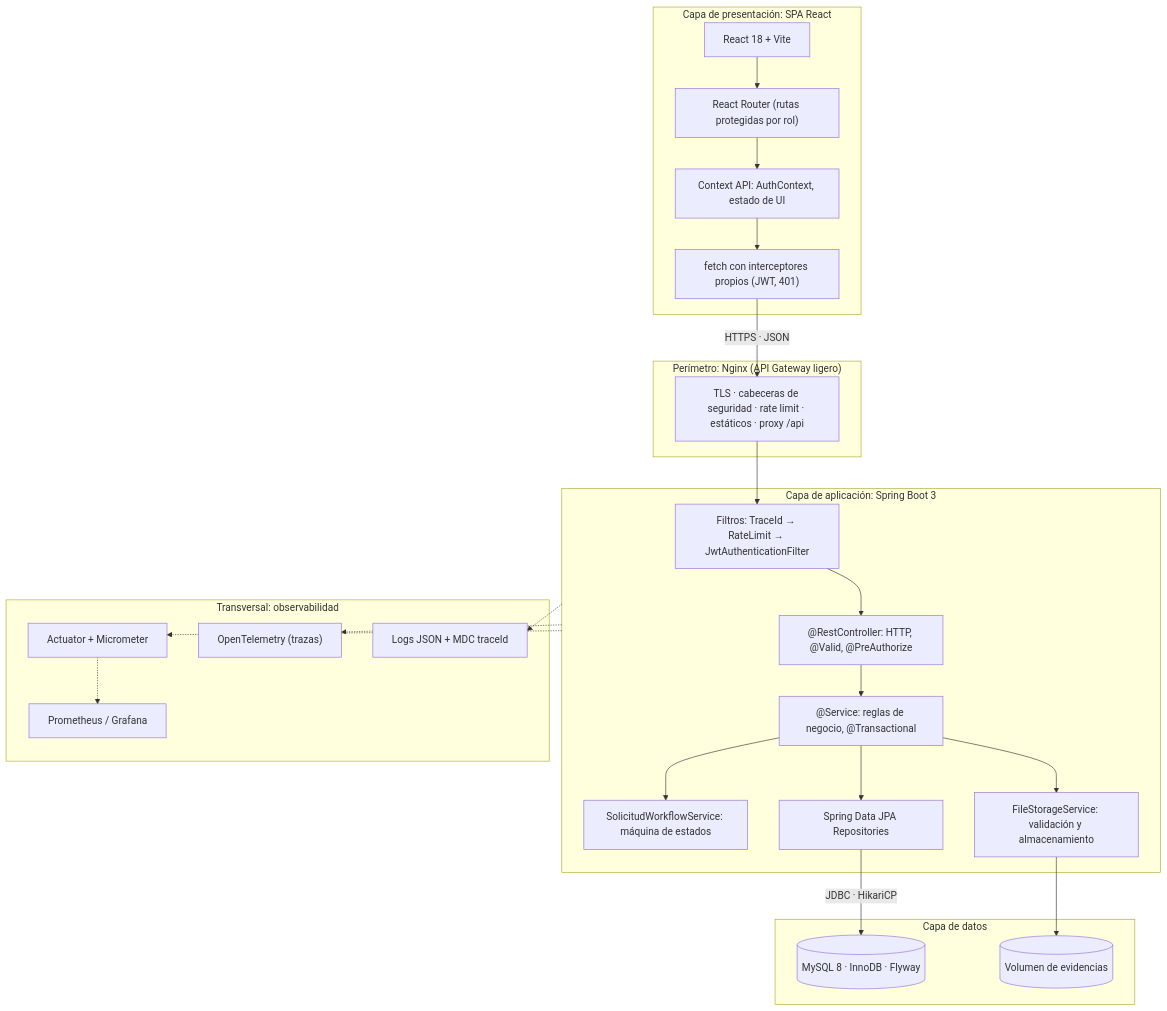
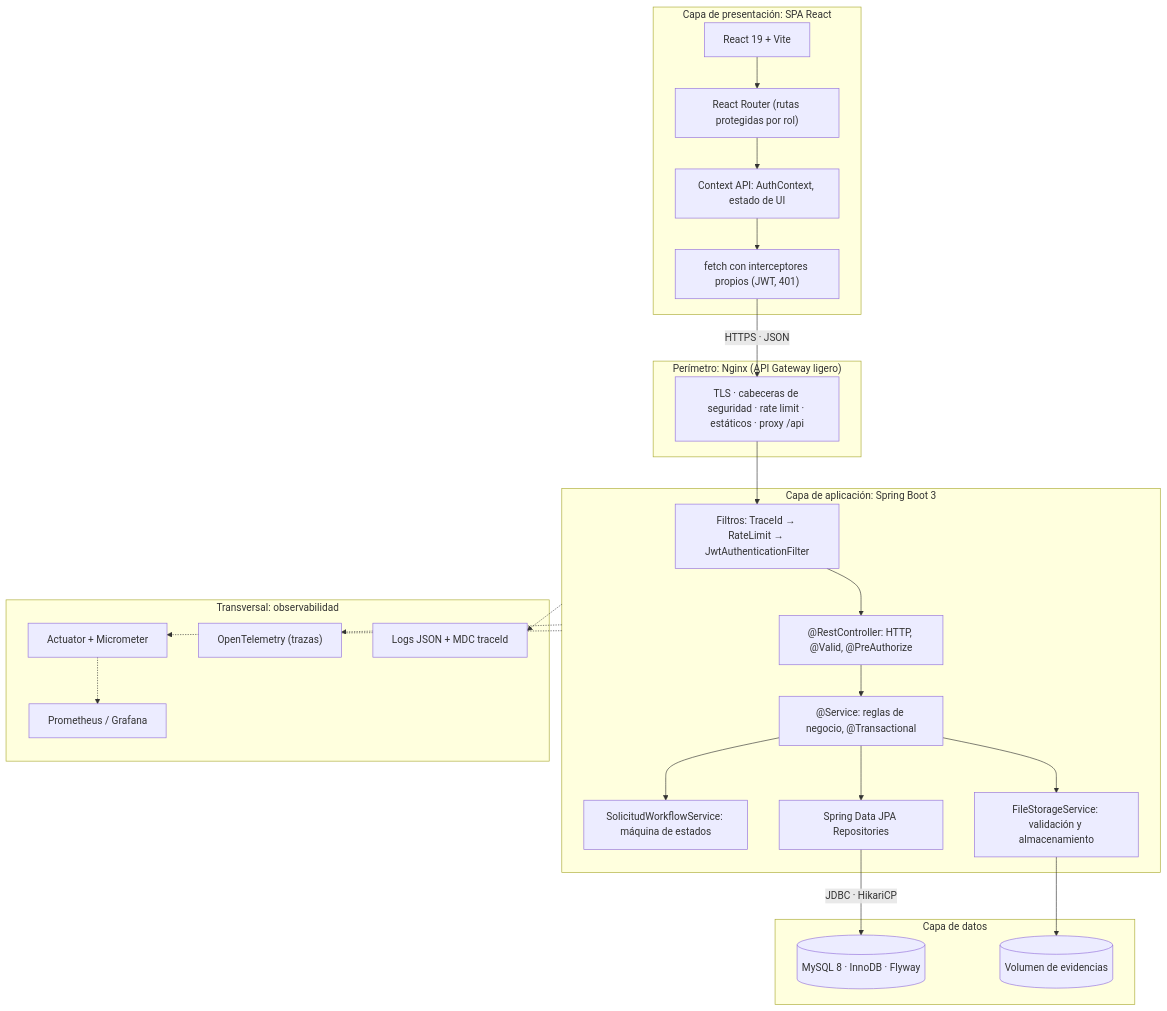
One commit to andremelzc/gestion-servicios-universitarios changed the second of 6 diagrams in docs/02-diseno/arquitectura-tecnica.md. Above: the diagram before and after it, drawn with Mermaid. The commit also changed other lines of this file and 10 other files, not shown here.

````diff
--- a/docs/02-diseno/arquitectura-tecnica.md
+++ b/docs/02-diseno/arquitectura-tecnica.md
@@ -90,46 +90,46 @@
 ```mermaid
 graph TD
     subgraph Cliente["Capa de presentación: SPA React"]
-        UI["React 18 + Vite"]
+        UI["React 19 + Vite"]
         Router["React Router (rutas protegidas por rol)"]
         State["Context API: AuthContext, estado de UI"]
         Http["fetch con interceptores propios (JWT, 401)"]
         UI --> Router --> State --> Http
     end
 
     subgraph Perimetro["Perímetro: Nginx (API Gateway ligero)"]
         Nginx["TLS · cabeceras de seguridad · rate limit · estáticos · proxy /api"]
     end
 
     subgraph Backend["Capa de aplicación: Spring Boot 3"]
         Filtros["Filtros: TraceId → RateLimit → JwtAuthenticationFilter"]
         Controllers["@RestController: HTTP, @Valid, @PreAuthorize"]
         Services["@Service: reglas de negocio, @Transactional"]
         Workflow["SolicitudWorkflowService: máquina de estados"]
         Repos["Spring Data JPA Repositories"]
         Storage["FileStorageService: validación y almacenamiento"]
         Filtros --> Controllers --> Services
         Services --> Workflow
         Services --> Repos
         Services --> Storage
     end
 
     subgraph Datos["Capa de datos"]
         MySQL[("MySQL 8 · InnoDB · Flyway")]
         Vol[("Volumen de evidencias")]
     end
 
     subgraph Obs["Transversal: observabilidad"]
         Actuator["Actuator + Micrometer"]
         OTel["OpenTelemetry (trazas)"]
         Logs["Logs JSON + MDC traceId"]
         Prom["Prometheus / Grafana"]
     end
 
     Http -->|"HTTPS · JSON"| Nginx --> Filtros
     Repos -->|"JDBC · HikariCP"| MySQL
     Storage --> Vol
     Backend -.-> Actuator -.-> Prom
     Backend -.-> OTel
     Backend -.-> Logs
 ```
````
